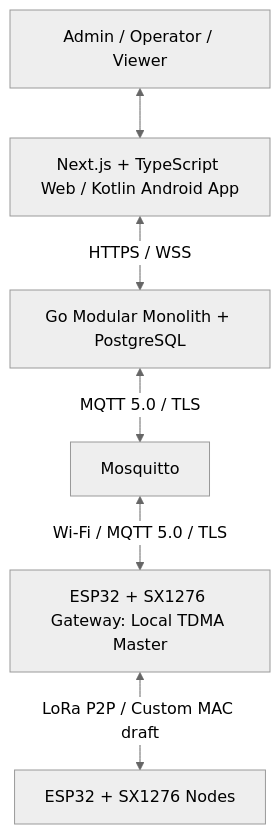
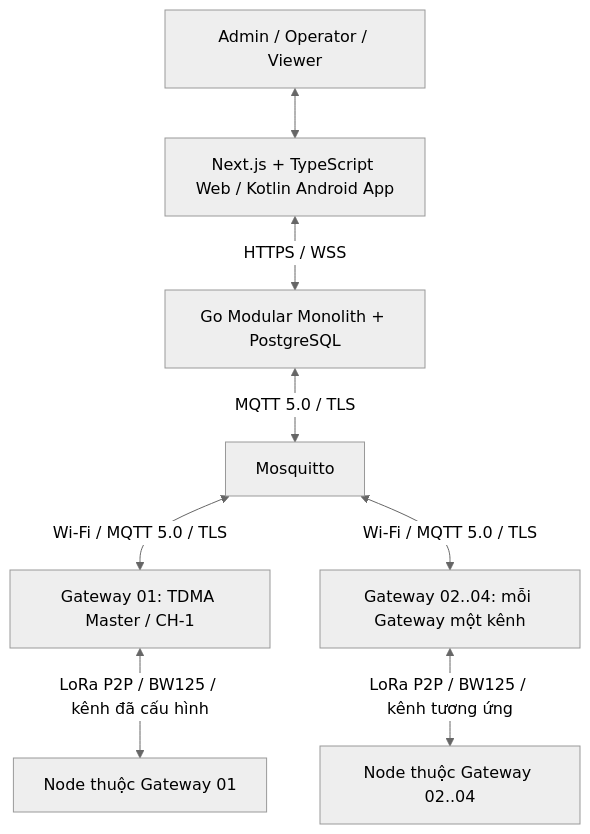
One commit to khanhpn308/LoRa-P2P-Hybrid-TDMA-MVP changed the diagram in docs/architecture/system-overview.md. Above: the diagram before and after it, drawn with Mermaid (neutral theme). The commit also changed other lines of this file, not shown here.

Commit message:
docs: align architecture overview with G0 decisions (#115)

````diff
--- a/docs/architecture/system-overview.md
+++ b/docs/architecture/system-overview.md
@@ -9,8 +9,10 @@
 ```mermaid
 flowchart TB
   USERS[Admin / Operator / Viewer] <--> CLIENTS[Next.js + TypeScript Web / Kotlin Android App]
   CLIENTS <-->|HTTPS / WSS| GO[Go Modular Monolith + PostgreSQL]
   GO <-->|MQTT 5.0 / TLS| BROKER[Mosquitto]
-  BROKER <-->|Wi-Fi / MQTT 5.0 / TLS| GW[ESP32 + SX1276 Gateway: Local TDMA Master]
-  GW <-->|LoRa P2P / Custom MAC draft| NODES[ESP32 + SX1276 Nodes]
+  BROKER <-->|Wi-Fi / MQTT 5.0 / TLS| GW1[Gateway 01: TDMA Master / CH-1]
+  BROKER <-->|Wi-Fi / MQTT 5.0 / TLS| GW2[Gateway 02..04: mỗi Gateway một kênh]
+  GW1 <-->|LoRa P2P / BW125 / kênh đã cấu hình| NODES1[Node thuộc Gateway 01]
+  GW2 <-->|LoRa P2P / BW125 / kênh tương ứng| NODES2[Node thuộc Gateway 02..04]
 ```
````
